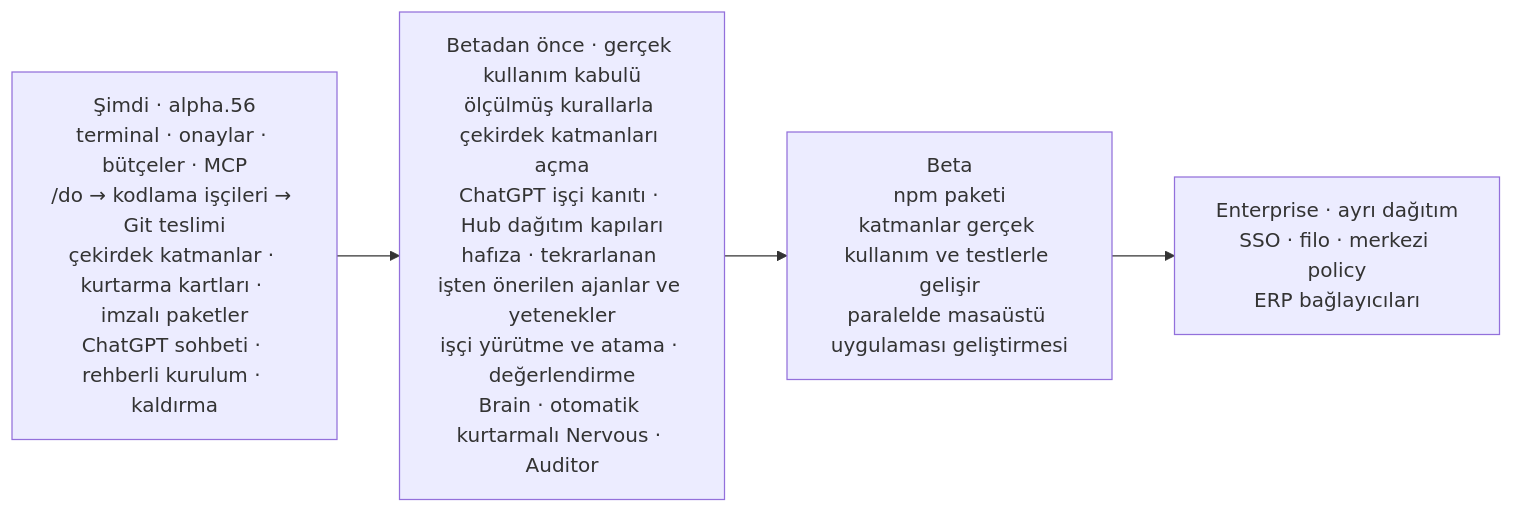
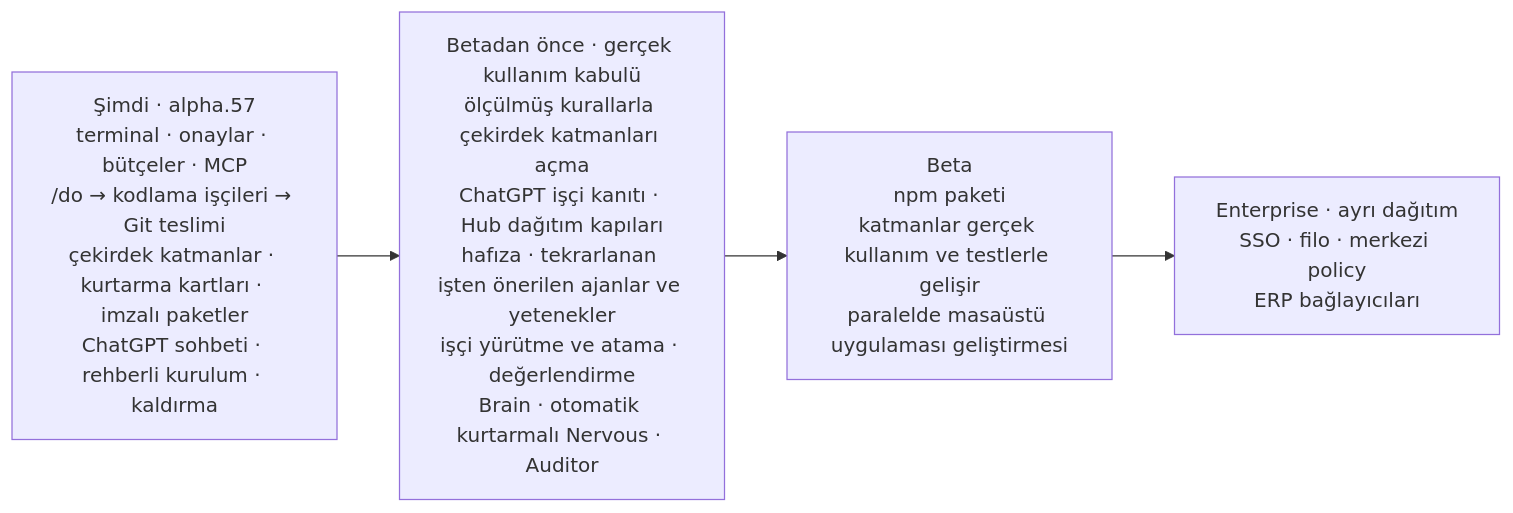
The sixth of 6 diagrams in README.tr.md (Verhex/deckent-next), drawn with Mermaid before and after one commit. The commit also changed other lines of this file and 6 other files, not shown here.

````diff
--- a/README.tr.md
+++ b/README.tr.md
@@ -542,6 +542,6 @@
 ```mermaid
 flowchart LR
-  N["Şimdi · alpha.56<br/>terminal · onaylar · bütçeler · MCP<br/>/do → kodlama işçileri → Git teslimi<br/>çekirdek katmanlar · kurtarma kartları · imzalı paketler<br/>ChatGPT sohbeti · rehberli kurulum · kaldırma"] --> C["Betadan önce · gerçek kullanım kabulü<br/>ölçülmüş kurallarla çekirdek katmanları açma<br/>ChatGPT işçi kanıtı · Hub dağıtım kapıları<br/>hafıza · tekrarlanan işten önerilen ajanlar ve yetenekler<br/>işçi yürütme ve atama · değerlendirme<br/>Brain · otomatik kurtarmalı Nervous · Auditor"]
+  N["Şimdi · alpha.57<br/>terminal · onaylar · bütçeler · MCP<br/>/do → kodlama işçileri → Git teslimi<br/>çekirdek katmanlar · kurtarma kartları · imzalı paketler<br/>ChatGPT sohbeti · rehberli kurulum · kaldırma"] --> C["Betadan önce · gerçek kullanım kabulü<br/>ölçülmüş kurallarla çekirdek katmanları açma<br/>ChatGPT işçi kanıtı · Hub dağıtım kapıları<br/>hafıza · tekrarlanan işten önerilen ajanlar ve yetenekler<br/>işçi yürütme ve atama · değerlendirme<br/>Brain · otomatik kurtarmalı Nervous · Auditor"]
   C --> B["Beta<br/>npm paketi<br/>katmanlar gerçek kullanım ve testlerle gelişir<br/>paralelde masaüstü uygulaması geliştirmesi"]
   B --> E["Enterprise · ayrı dağıtım<br/>SSO · filo · merkezi policy<br/>ERP bağlayıcıları"]
 ```
````
